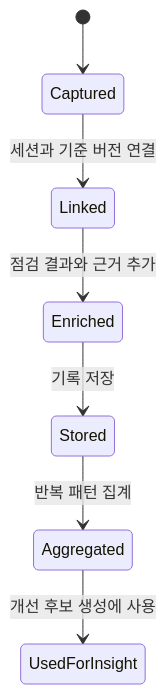
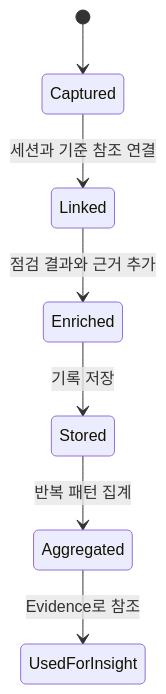
The third of 4 diagrams in docs/03-data-lifecycle.md (ewoooo/living-brand-system), drawn with Mermaid before and after one commit. The commit also changed other lines of this file and 3 other files, not shown here.

````diff
--- a/docs/03-data-lifecycle.md
+++ b/docs/03-data-lifecycle.md
@@ -151,9 +222,9 @@
 ```mermaid
 stateDiagram-v2
   [*] --> Captured
-  Captured --> Linked: 세션과 기준 버전 연결
+  Captured --> Linked: 세션과 기준 참조 연결
   Linked --> Enriched: 점검 결과와 근거 추가
   Enriched --> Stored: 기록 저장
   Stored --> Aggregated: 반복 패턴 집계
-  Aggregated --> UsedForInsight: 개선 후보 생성에 사용
+  Aggregated --> UsedForInsight: Evidence로 참조
 ```
````
